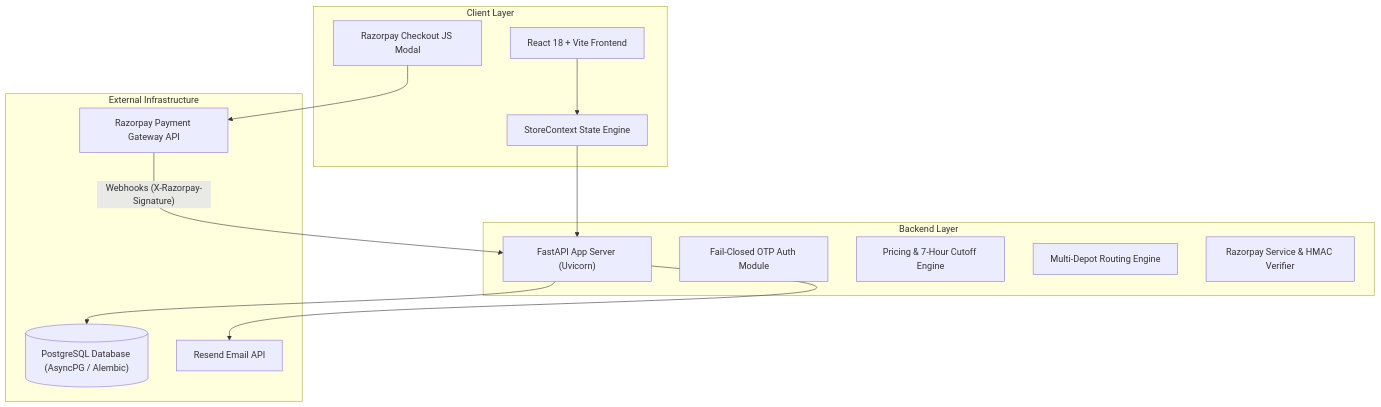
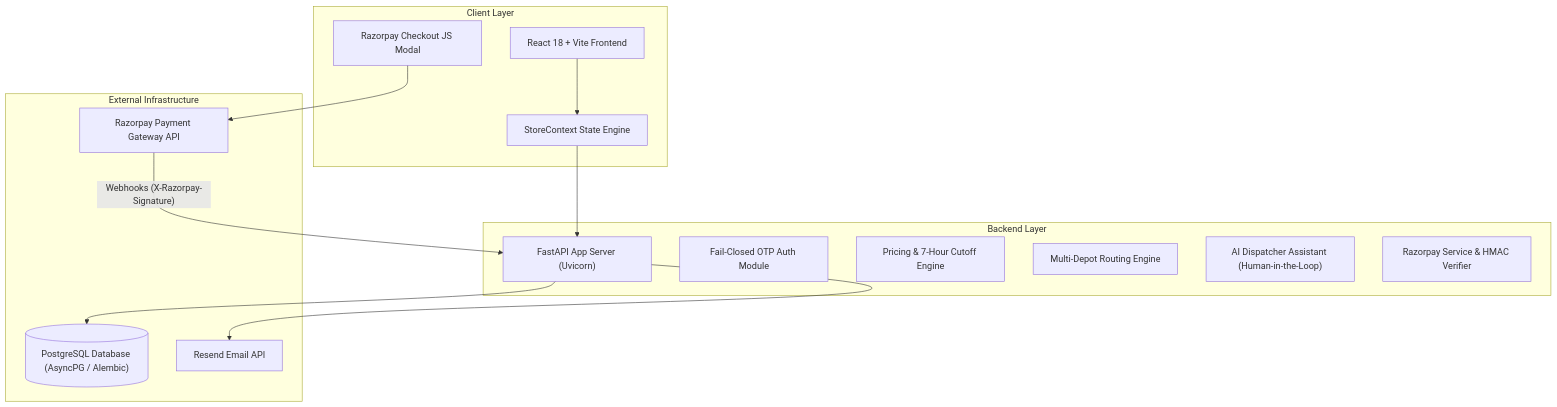
The first of 3 diagrams in CASE_STUDY.md (KiranJinka45/JoshiFarms), drawn with Mermaid before and after one commit. The commit also changed other lines of this file and 3 other files, not shown here.

Commit message:
feat(ai): add AI Dispatcher Assistant endpoint and UI with human-in-the-loop exception approval

````diff
--- a/CASE_STUDY.md
+++ b/CASE_STUDY.md
@@ -34,29 +35,30 @@
 ```mermaid
 graph TD
     subgraph Client Layer
         ReactApp["React 18 + Vite Frontend"]
         StateContext["StoreContext State Engine"]
         RzpCheckout["Razorpay Checkout JS Modal"]
     end
 
     subgraph Backend Layer
         FastAPI["FastAPI App Server (Uvicorn)"]
         AuthModule["Fail-Closed OTP Auth Module"]
         PricingCutoff["Pricing & 7-Hour Cutoff Engine"]
         DepotRouter["Multi-Depot Routing Engine"]
+        AIDispatcher["AI Dispatcher Assistant (Human-in-the-Loop)"]
         RazorpaySvc["Razorpay Service & HMAC Verifier"]
     end
 
     subgraph External Infrastructure
         PostgresDB[("PostgreSQL Database (AsyncPG / Alembic)")]
         RazorpayAPI["Razorpay Payment Gateway API"]
         ResendAPI["Resend Email API"]
     end
 
     ReactApp --> StateContext
     StateContext --> FastAPI
     RzpCheckout --> RazorpayAPI
     FastAPI --> PostgresDB
     FastAPI --> ResendAPI
     RazorpayAPI -- "Webhooks (X-Razorpay-Signature)" --> FastAPI
 ```
````
